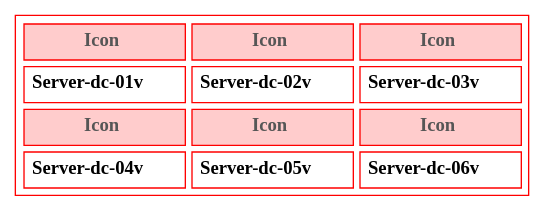
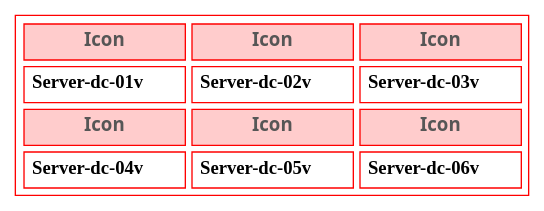
Before and after one commit to rebelinux/Diagrammer.Core: the second of 2 diagrams in Docs/dev-guide/commands/Add-DiaHTMLNodeTable.md, drawn with Graphviz. The commit also changed other lines of this file and 75 other files, not shown here.

First line of the commit message:
Refactor font properties in tests and Graphviz source files

````diff
--- a/Docs/dev-guide/commands/Add-DiaHTMLNodeTable.md
+++ b/Docs/dev-guide/commands/Add-DiaHTMLNodeTable.md
@@ -77,6 +77,6 @@
         ```graphviz dot ADDDiaHTMLNodeTable_draftmode.png
             digraph g {
                 node [shape=plain];
-                a [label=<<TABLE PORT="EdgeDot" COLOR="red" border="1" cellborder="1" cellpadding="5" cellspacing="5"><TR><TD bgcolor="#FFCCCC" ALIGN="Center" colspan="1"><FONT FACE="Segoe Ui Black" Color="#565656" POINT-SIZE="14"><B>Icon</B></FONT></TD><TD bgcolor="#FFCCCC" ALIGN="Center" colspan="1"><FONT FACE="Segoe Ui Black" Color="#565656" POINT-SIZE="14"><B>Icon</B></FONT></TD><TD bgcolor="#FFCCCC" ALIGN="Center" colspan="1"><FONT FACE="Segoe Ui Black" Color="#565656" POINT-SIZE="14"><B>Icon</B></FONT></TD></TR><TR><TD PORT="Server-dc-01v" ALIGN="Center" colspan="1"><FONT POINT-SIZE="14"><B>Server-dc-01v</B></FONT></TD><TD PORT="Server-dc-02v" ALIGN="Center" colspan="1"><FONT POINT-SIZE="14"><B>Server-dc-02v</B></FONT></TD><TD PORT="Server-dc-03v" ALIGN="Center" colspan="1"><FONT POINT-SIZE="14"><B>Server-dc-03v</B></FONT></TD></TR><TR><TD bgcolor="#FFCCCC" ALIGN="Center" colspan="1"><FONT FACE="Segoe Ui Black" Color="#565656" POINT-SIZE="14"><B>Icon</B></FONT></TD><TD bgcolor="#FFCCCC" ALIGN="Center" colspan="1"><FONT FACE="Segoe Ui Black" Color="#565656" POINT-SIZE="14"><B>Icon</B></FONT></TD><TD bgcolor="#FFCCCC" ALIGN="Center" colspan="1"><FONT FACE="Segoe Ui Black" Color="#565656" POINT-SIZE="14"><B>Icon</B></FONT></TD></TR><TR><TD PORT="Server-dc-04v" ALIGN="Center" colspan="1"><FONT POINT-SIZE="14"><B>Server-dc-04v</B></FONT></TD><TD PORT="Server-dc-05v" ALIGN="Center" colspan="1"><FONT POINT-SIZE="14"><B>Server-dc-05v</B></FONT></TD><TD PORT="Server-dc-06v" ALIGN="Center" colspan="1"><FONT POINT-SIZE="14"><B>Server-dc-06v</B></FONT></TD></TR></TABLE>>];
+                a [label=<<TABLE PORT="EdgeDot" COLOR="red" border="1" cellborder="1" cellpadding="5" cellspacing="5"><TR><TD bgcolor="#FFCCCC" ALIGN="Center" colspan="1"><FONT FACE="Segoe Ui" Color="#565656" POINT-SIZE="14"><B>Icon</B></FONT></TD><TD bgcolor="#FFCCCC" ALIGN="Center" colspan="1"><FONT FACE="Segoe Ui" Color="#565656" POINT-SIZE="14"><B>Icon</B></FONT></TD><TD bgcolor="#FFCCCC" ALIGN="Center" colspan="1"><FONT FACE="Segoe Ui" Color="#565656" POINT-SIZE="14"><B>Icon</B></FONT></TD></TR><TR><TD PORT="Server-dc-01v" ALIGN="Center" colspan="1"><FONT POINT-SIZE="14"><B>Server-dc-01v</B></FONT></TD><TD PORT="Server-dc-02v" ALIGN="Center" colspan="1"><FONT POINT-SIZE="14"><B>Server-dc-02v</B></FONT></TD><TD PORT="Server-dc-03v" ALIGN="Center" colspan="1"><FONT POINT-SIZE="14"><B>Server-dc-03v</B></FONT></TD></TR><TR><TD bgcolor="#FFCCCC" ALIGN="Center" colspan="1"><FONT FACE="Segoe Ui" Color="#565656" POINT-SIZE="14"><B>Icon</B></FONT></TD><TD bgcolor="#FFCCCC" ALIGN="Center" colspan="1"><FONT FACE="Segoe Ui" Color="#565656" POINT-SIZE="14"><B>Icon</B></FONT></TD><TD bgcolor="#FFCCCC" ALIGN="Center" colspan="1"><FONT FACE="Segoe Ui" Color="#565656" POINT-SIZE="14"><B>Icon</B></FONT></TD></TR><TR><TD PORT="Server-dc-04v" ALIGN="Center" colspan="1"><FONT POINT-SIZE="14"><B>Server-dc-04v</B></FONT></TD><TD PORT="Server-dc-05v" ALIGN="Center" colspan="1"><FONT POINT-SIZE="14"><B>Server-dc-05v</B></FONT></TD><TD PORT="Server-dc-06v" ALIGN="Center" colspan="1"><FONT POINT-SIZE="14"><B>Server-dc-06v</B></FONT></TD></TR></TABLE>>];
             }
         ```
````
